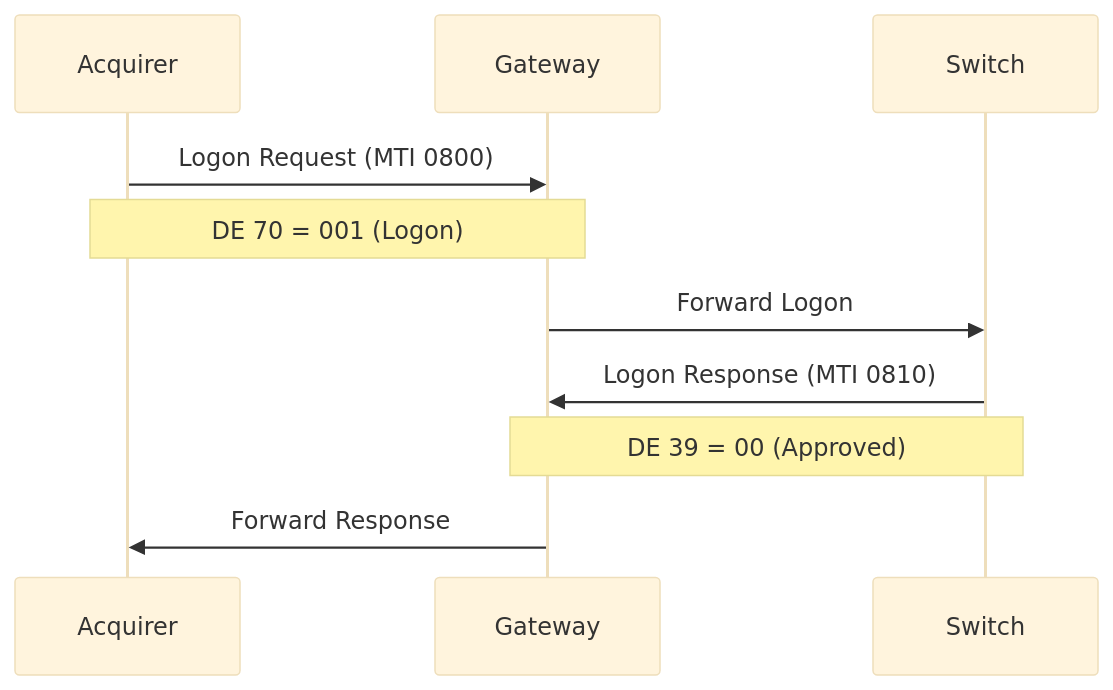
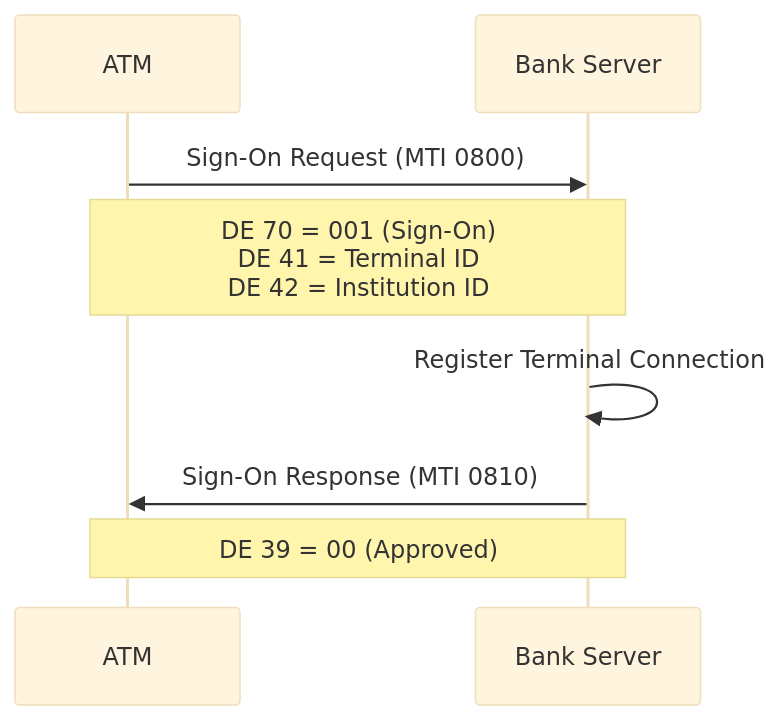
The second of 4 diagrams in workshop/day-2/INSTRUCTIONS.md (artivisi/training-spring-jpos-2025), drawn with Mermaid (base theme) before and after one commit. The commit also changed other lines of this file and 30 other files, not shown here.

````diff
--- a/workshop/day-2/INSTRUCTIONS.md
+++ b/workshop/day-2/INSTRUCTIONS.md
@@ -79,13 +81,11 @@
 ```mermaid
 sequenceDiagram
-    participant Acquirer
-    participant Gateway
-    participant Switch
+    participant ATM
+    participant Bank Server
 
-    Acquirer->>Gateway: Logon Request (MTI 0800)
-    Note over Acquirer,Gateway: DE 70 = 001 (Logon)
-    Gateway->>Switch: Forward Logon
-    Switch->>Gateway: Logon Response (MTI 0810)
-    Note over Gateway,Switch: DE 39 = 00 (Approved)
-    Gateway->>Acquirer: Forward Response
+    ATM->>Bank Server: Sign-On Request (MTI 0800)
+    Note over ATM,Bank Server: DE 70 = 001 (Sign-On)<br/>DE 41 = Terminal ID<br/>DE 42 = Institution ID
+    Bank Server->>Bank Server: Register Terminal Connection
+    Bank Server->>ATM: Sign-On Response (MTI 0810)
+    Note over Bank Server,ATM: DE 39 = 00 (Approved)
 ```
````
